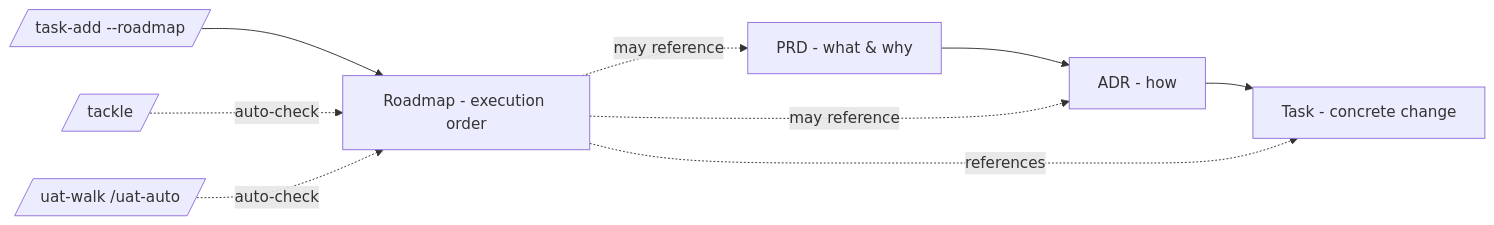
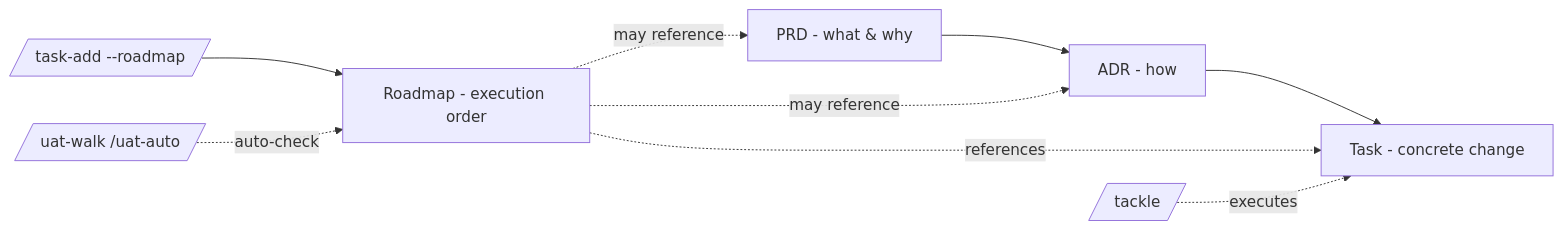
One commit to codewizard-dt/bootstrap-claude changed the diagram in .docs/roadmaps/README.md. Above: the diagram before and after it, drawn with Mermaid. The commit also changed other lines of this file and 16 other files, not shown here.

````diff
--- a/.docs/roadmaps/README.md
+++ b/.docs/roadmaps/README.md
@@ -57,11 +57,11 @@
 ```mermaid
 flowchart LR
     PRD[PRD - what & why] --> ADR[ADR - how]
     ADR --> Task[Task - concrete change]
     Roadmap[Roadmap - execution order] -.references.-> Task
     Roadmap -.may reference.-> PRD
     Roadmap -.may reference.-> ADR
     AddTask[/task-add --roadmap/] --> Roadmap
-    Tackle[/tackle/] -.auto-check.-> Roadmap
+    Tackle[/tackle/] -.executes.-> Task
     UAT[/uat-walk /uat-auto/] -.auto-check.-> Roadmap
 ```
````
